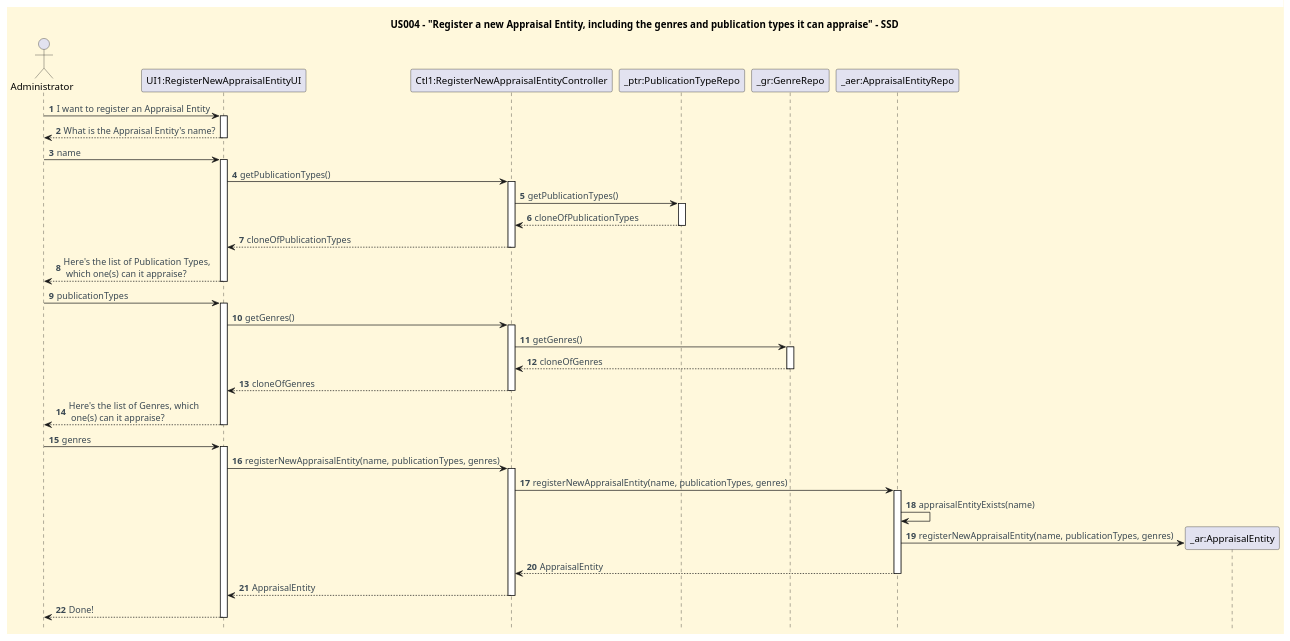
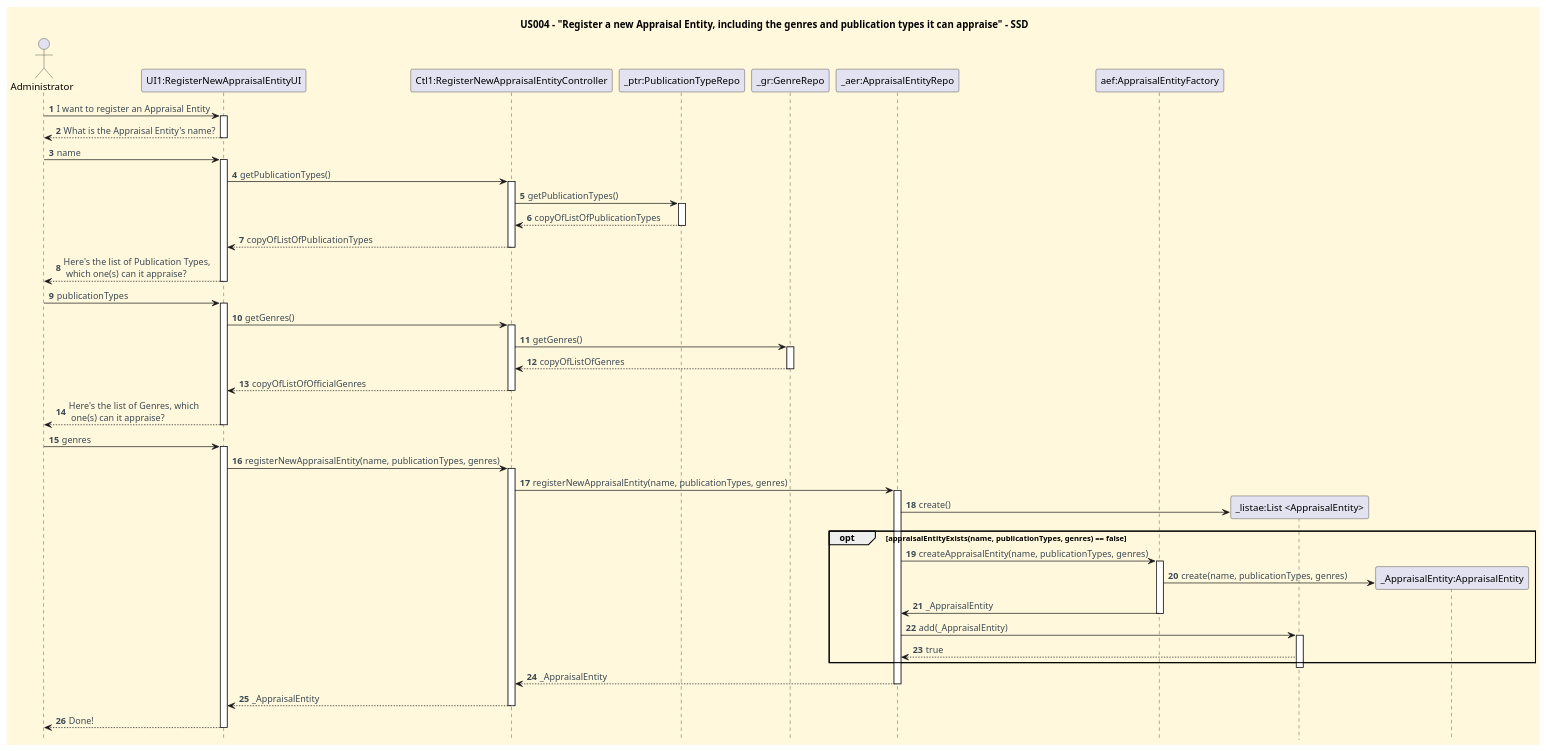
One commit to CarolinaLeite-collab/JavaMarketplacePlatform changed the diagram in docs/userStories/US004/US004_register_new_appraisal_entity_SD.puml. Above: the diagram before and after it, drawn with PlantUML.

Commit message:
Refactor US004 to apply Factory pattern: Updated SD #103

```diff
--- a/docs/userStories/US004/US004_register_new_appraisal_entity_SD.puml
+++ b/docs/userStories/US004/US004_register_new_appraisal_entity_SD.puml
@@ -1,75 +1,89 @@
 @startuml
 title US004 - "Register a new Appraisal Entity, including the genres and publication types it can appraise" - SSD
 hidefootbox
 
 '==== basic style ====
 skinparam monochrome false
 skinparam shadowing false
 skinparam defaultFontName Futura
 skinparam objectFontSize 20
 skinparam backgroundColor CornSilk
 skinparam objectBackgroundColor WhiteSmoke
 skinparam noteBackgroundColor #FFFFE0
 skinparam ArrowFontColor #3B4953
 skinparam ActivationBackgroundColor black
 
 autonumber
 
 
 actor Administrator
-participant "UI1:RegisterNewAppraisalEntityUI"
-participant "Ctl1:RegisterNewAppraisalEntityController"
-participant "_ptr:PublicationTypeRepo"
-participant "_gr:GenreRepo"
-participant "_aer:AppraisalEntityRepo"
+participant "UI1:RegisterNewAppraisalEntityUI" as UI
+participant "Ctl1:RegisterNewAppraisalEntityController" as ctl
+participant "_ptr:PublicationTypeRepo" as ptr
+participant "_gr:GenreRepo" as grRepo
+participant "_aer:AppraisalEntityRepo" as aeRepo
+participant "aef:AppraisalEntityFactory" as aeFactory
 
-Administrator -> "UI1:RegisterNewAppraisalEntityUI": I want to register an Appraisal Entity
-activate "UI1:RegisterNewAppraisalEntityUI"
-"UI1:RegisterNewAppraisalEntityUI" --> Administrator: What is the Appraisal Entity's name?
-deactivate "UI1:RegisterNewAppraisalEntityUI"
-Administrator -> "UI1:RegisterNewAppraisalEntityUI": name
-activate "UI1:RegisterNewAppraisalEntityUI"
-"UI1:RegisterNewAppraisalEntityUI" -> "Ctl1:RegisterNewAppraisalEntityController": getPublicationTypes()
-activate "Ctl1:RegisterNewAppraisalEntityController"
-"Ctl1:RegisterNewAppraisalEntityController" -> "_ptr:PublicationTypeRepo": getPublicationTypes()
-activate "_ptr:PublicationTypeRepo"
-"_ptr:PublicationTypeRepo" --> "Ctl1:RegisterNewAppraisalEntityController": cloneOfPublicationTypes
-deactivate "_ptr:PublicationTypeRepo"
-"Ctl1:RegisterNewAppraisalEntityController" --> "UI1:RegisterNewAppraisalEntityUI": cloneOfPublicationTypes
-deactivate "Ctl1:RegisterNewAppraisalEntityController"
+Administrator -> UI: I want to register an Appraisal Entity
+activate UI
+UI --> Administrator: What is the Appraisal Entity's name?
+deactivate UI
+Administrator -> UI: name
+activate UI
+UI -> ctl: getPublicationTypes()
+activate ctl
+ctl -> ptr: getPublicationTypes()
+activate ptr
+ptr --> ctl: copyOfListOfPublicationTypes
+deactivate ptr
+ctl --> UI: copyOfListOfPublicationTypes
+deactivate ctl
 
-"UI1:RegisterNewAppraisalEntityUI" --> Administrator: Here's the list of Publication Types, \n which one(s) can it appraise?
-deactivate "UI1:RegisterNewAppraisalEntityUI"
+UI --> Administrator: Here's the list of Publication Types, \n which one(s) can it appraise?
+deactivate UI
 
-Administrator -> "UI1:RegisterNewAppraisalEntityUI": publicationTypes
-activate "UI1:RegisterNewAppraisalEntityUI"
-"UI1:RegisterNewAppraisalEntityUI" -> "Ctl1:RegisterNewAppraisalEntityController": getGenres()
-activate "Ctl1:RegisterNewAppraisalEntityController"
-"Ctl1:RegisterNewAppraisalEntityController" -> "_gr:GenreRepo": getGenres()
-activate "_gr:GenreRepo"
-"_gr:GenreRepo" --> "Ctl1:RegisterNewAppraisalEntityController": cloneOfGenres
-deactivate "_gr:GenreRepo"
-"Ctl1:RegisterNewAppraisalEntityController" --> "UI1:RegisterNewAppraisalEntityUI": cloneOfGenres
-deactivate "Ctl1:RegisterNewAppraisalEntityController"
-"UI1:RegisterNewAppraisalEntityUI" --> Administrator: Here's the list of Genres, which \n one(s) can it appraise?
-deactivate "UI1:RegisterNewAppraisalEntityUI"
+Administrator -> UI: publicationTypes
+activate UI
+UI -> ctl: getGenres()
+activate ctl
+ctl -> grRepo: getGenres()
+activate grRepo
+grRepo --> ctl: copyOfListOfGenres
+deactivate grRepo
+ctl --> UI: copyOfListOfOfficialGenres
+deactivate ctl
+UI --> Administrator: Here's the list of Genres, which \n one(s) can it appraise?
+deactivate UI
 
-Administrator -> "UI1:RegisterNewAppraisalEntityUI": genres
-activate "UI1:RegisterNewAppraisalEntityUI"
-"UI1:RegisterNewAppraisalEntityUI" -> "Ctl1:RegisterNewAppraisalEntityController": registerNewAppraisalEntity(name, publicationTypes, genres)
-activate "Ctl1:RegisterNewAppraisalEntityController"
-"Ctl1:RegisterNewAppraisalEntityController" -> "_aer:AppraisalEntityRepo": registerNewAppraisalEntity(name, publicationTypes, genres)
-activate "_aer:AppraisalEntityRepo"
-"_aer:AppraisalEntityRepo" -> "_aer:AppraisalEntityRepo": appraisalEntityExists(name)
-create "_ar:AppraisalEntity"
-"_aer:AppraisalEntityRepo" -> "_ar:AppraisalEntity": registerNewAppraisalEntity(name, publicationTypes, genres)
-"_aer:AppraisalEntityRepo" --> "Ctl1:RegisterNewAppraisalEntityController": AppraisalEntity
-deactivate "_aer:AppraisalEntityRepo"
-"Ctl1:RegisterNewAppraisalEntityController" --> "UI1:RegisterNewAppraisalEntityUI": AppraisalEntity
-deactivate "Ctl1:RegisterNewAppraisalEntityController"
-"UI1:RegisterNewAppraisalEntityUI" --> Administrator: Done!
-deactivate "UI1:RegisterNewAppraisalEntityUI"
+Administrator -> UI: genres
+activate UI
+UI -> ctl: registerNewAppraisalEntity(name, publicationTypes, genres)
+activate ctl
+ctl -> aeRepo: registerNewAppraisalEntity(name, publicationTypes, genres)
+activate aeRepo
+create "_listae:List <AppraisalEntity>"
+aeRepo -> "_listae:List <AppraisalEntity>": create()
+
+opt appraisalEntityExists(name, publicationTypes, genres) == false
+        aeRepo -> aeFactory: createAppraisalEntity(name, publicationTypes, genres)
+        create "_AppraisalEntity:AppraisalEntity"
+        activate aeFactory
+        aeFactory -> "_AppraisalEntity:AppraisalEntity": create(name, publicationTypes, genres)
+        aeFactory -> aeRepo: _AppraisalEntity
+        deactivate aeFactory
+        aeRepo -> "_listae:List <AppraisalEntity>":add(_AppraisalEntity)
+        activate "_listae:List <AppraisalEntity>"
+        "_listae:List <AppraisalEntity>" --> aeRepo: true
+    end
+
+deactivate "_listae:List <AppraisalEntity>"
+aeRepo --> ctl: _AppraisalEntity
+deactivate aeRepo
+ctl --> UI: _AppraisalEntity
+deactivate ctl
+UI --> Administrator: Done!
+deactivate UI
 
 
 
 @enduml
```
